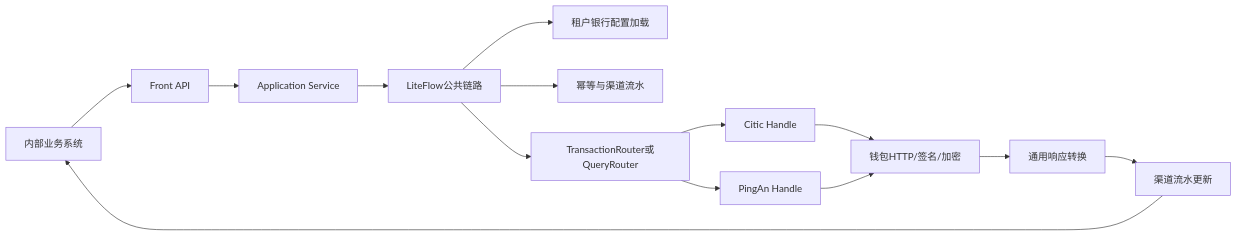
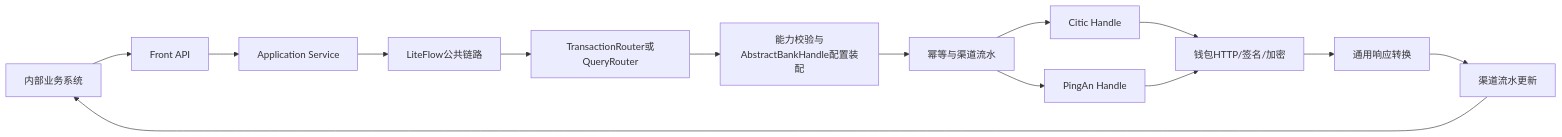
The diagram in docs/saas2.0 重构/04-front-service完整重构实施方案.md (ssssgoldhunter/saas2.0-memory-hub), drawn with Mermaid before and after one commit. The commit also changed other lines of this file and 3 other files, not shown here.

````diff
--- a/docs/saas2.0 重构/04-front-service完整重构实施方案.md
+++ b/docs/saas2.0 重构/04-front-service完整重构实施方案.md
@@ -188,16 +188,16 @@
 ```mermaid
 flowchart LR
     A["内部业务系统"] --> B["Front API"]
     B --> C["Application Service"]
     C --> D["LiteFlow公共链路"]
-    D --> E["租户银行配置加载"]
-    D --> F["幂等与渠道流水"]
     D --> G["TransactionRouter或QueryRouter"]
-    G --> H["Citic Handle"]
-    G --> I["PingAn Handle"]
+    G --> E["能力校验与AbstractBankHandle配置装配"]
+    E --> F["幂等与渠道流水"]
+    F --> H["Citic Handle"]
+    F --> I["PingAn Handle"]
     H --> J["钱包HTTP/签名/加密"]
     I --> J
     J --> K["通用响应转换"]
     K --> L["渠道流水更新"]
     L --> A
 ```
````
